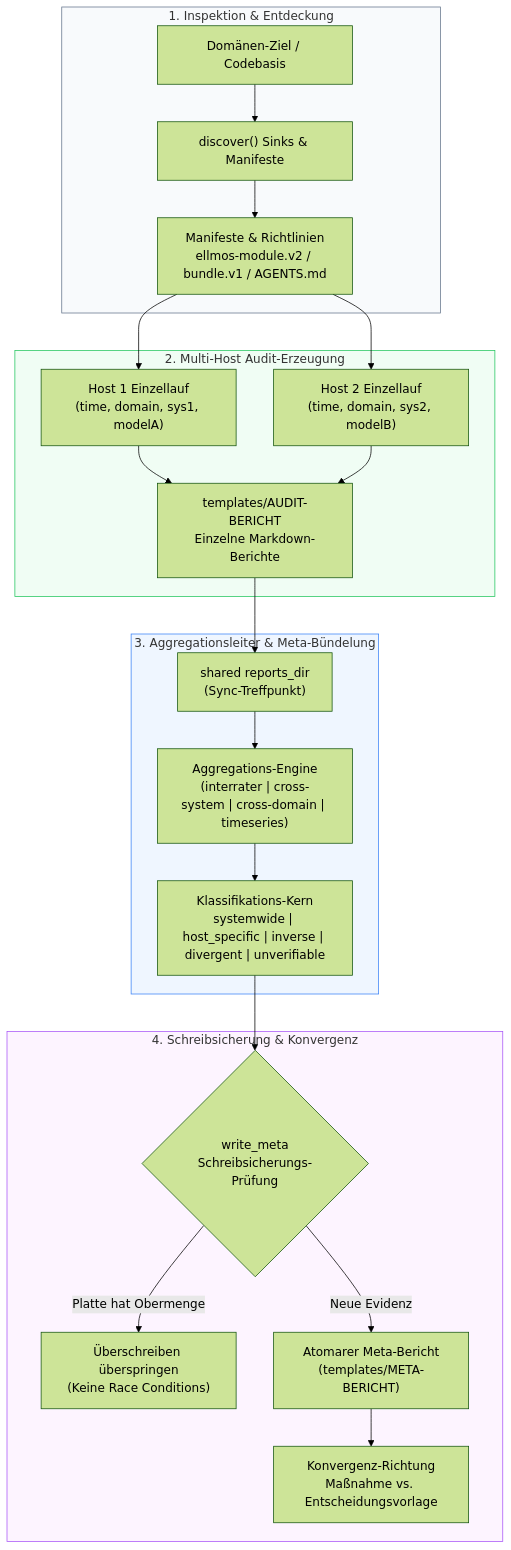
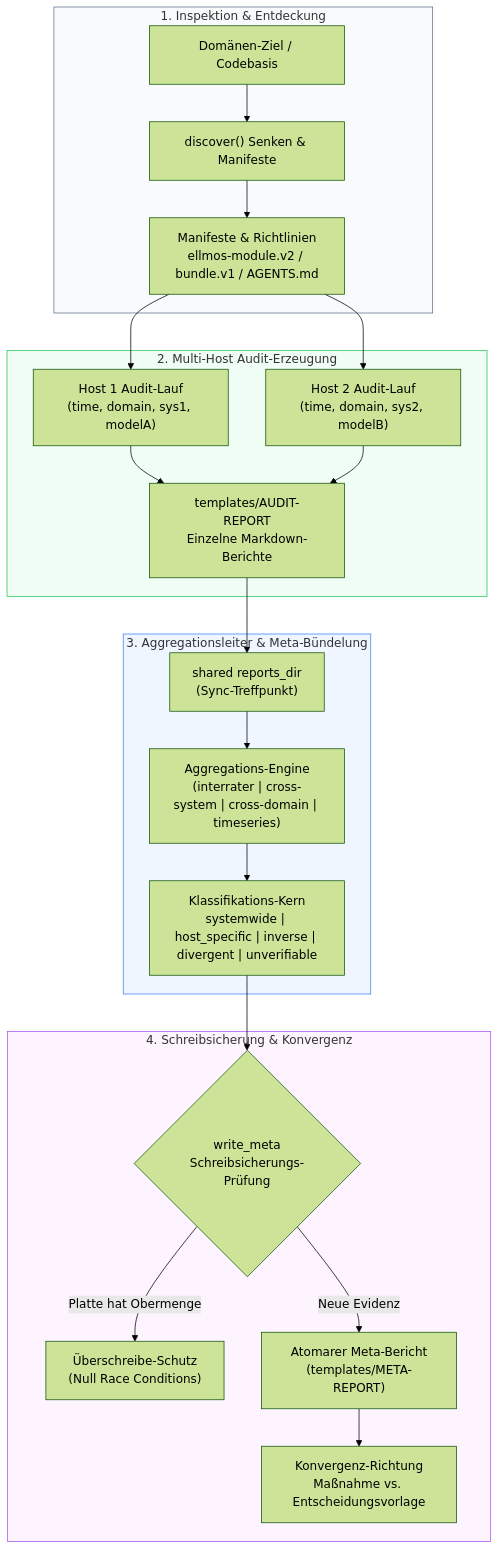
One commit to ellmos-ai/system-auditor changed the first of 3 diagrams in README_de.md. Above: the diagram before and after it, drawn with Mermaid (forest theme). The commit also changed other lines of this file and 5 other files, not shown here.

Commit message:
docs(marketing): enhance discoverability, 3-stage convergence sequence diagram, and parity hardening (Pfad B)

````diff
--- a/README_de.md
+++ b/README_de.md
@@ -83,32 +84,32 @@
 ```mermaid
 flowchart TD
     subgraph S1["1. Inspektion & Entdeckung"]
-        A1["Domänen-Ziel / Codebasis"] --> D1["discover() Sinks & Manifeste"]
+        A1["Domänen-Ziel / Codebasis"] --> D1["discover() Senken & Manifeste"]
         D1 --> M1["Manifeste & Richtlinien\nellmos-module.v2 / bundle.v1 / AGENTS.md"]
     end
 
     subgraph S2["2. Multi-Host Audit-Erzeugung"]
-        M1 --> R1["Host 1 Einzellauf\n(time, domain, sys1, modelA)"]
-        M1 --> R2["Host 2 Einzellauf\n(time, domain, sys2, modelB)"]
-        R1 --> P1["templates/AUDIT-BERICHT\nEinzelne Markdown-Berichte"]
+        M1 --> R1["Host 1 Audit-Lauf\n(time, domain, sys1, modelA)"]
+        M1 --> R2["Host 2 Audit-Lauf\n(time, domain, sys2, modelB)"]
+        R1 --> P1["templates/AUDIT-REPORT\nEinzelne Markdown-Berichte"]
         R2 --> P1
     end
 
     subgraph S3["3. Aggregationsleiter & Meta-Bündelung"]
         P1 --> G1["shared reports_dir\n(Sync-Treffpunkt)"]
         G1 --> AP["Aggregations-Engine\n(interrater | cross-system | cross-domain | timeseries)"]
         AP --> CL["Klassifikations-Kern\nsystemwide | host_specific | inverse | divergent | unverifiable"]
     end
 
     subgraph S4["4. Schreibsicherung & Konvergenz"]
         CL --> WG{"write_meta\nSchreibsicherungs-Prüfung"}
-        WG -->|"Platte hat Obermenge"| SK["Überschreiben überspringen\n(Keine Race Conditions)"]
-        WG -->|"Neue Evidenz"| MR["Atomarer Meta-Bericht\n(templates/META-BERICHT)"]
+        WG -->|"Platte hat Obermenge"| SK["Überschreibe-Schutz\n(Null Race Conditions)"]
+        WG -->|"Neue Evidenz"| MR["Atomarer Meta-Bericht\n(templates/META-REPORT)"]
         MR --> AC["Konvergenz-Richtung\nMaßnahme vs. Entscheidungsvorlage"]
     end
 
     style S1 fill:#f8fafc,stroke:#64748b,stroke-width:1px
     style S2 fill:#f0fdf4,stroke:#22c55e,stroke-width:1px
     style S3 fill:#eff6ff,stroke:#3b82f6,stroke-width:1px
     style S4 fill:#fdf4ff,stroke:#a855f7,stroke-width:1px
 ```
````
